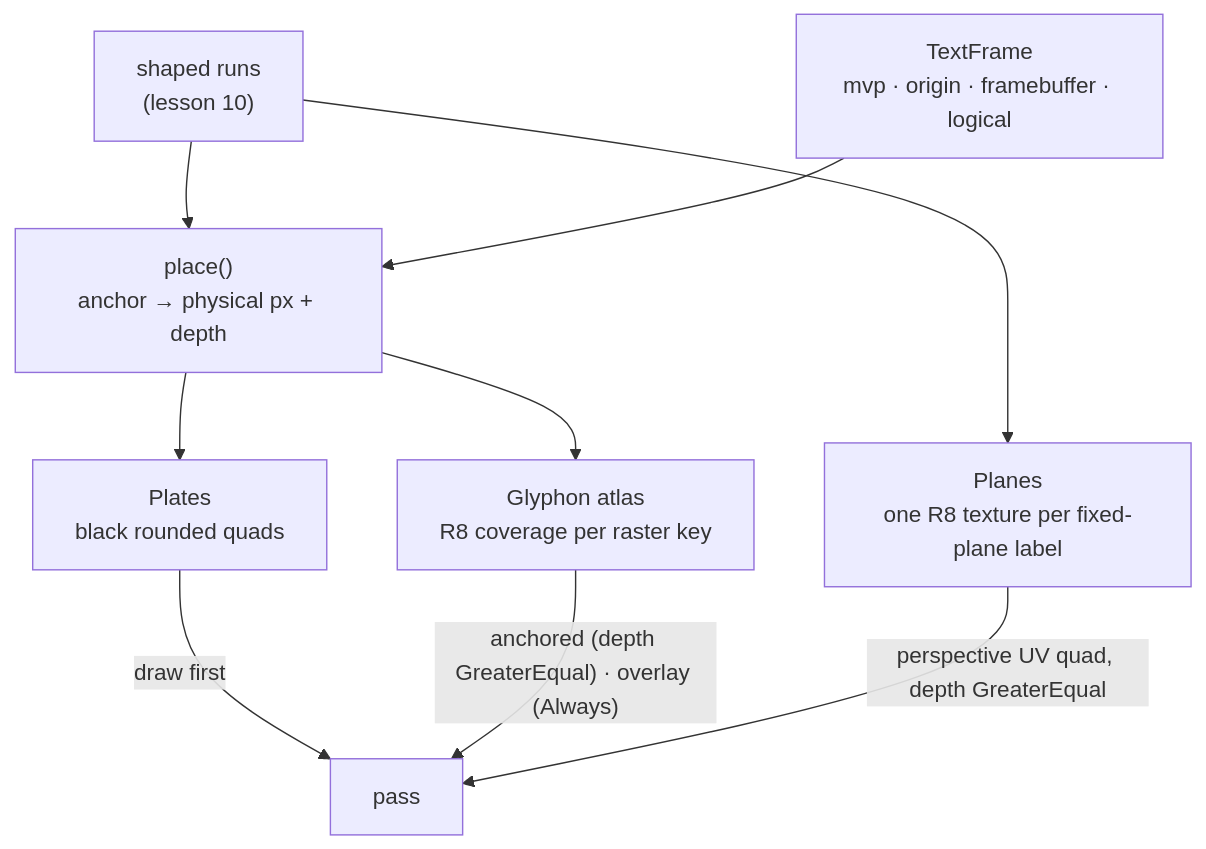
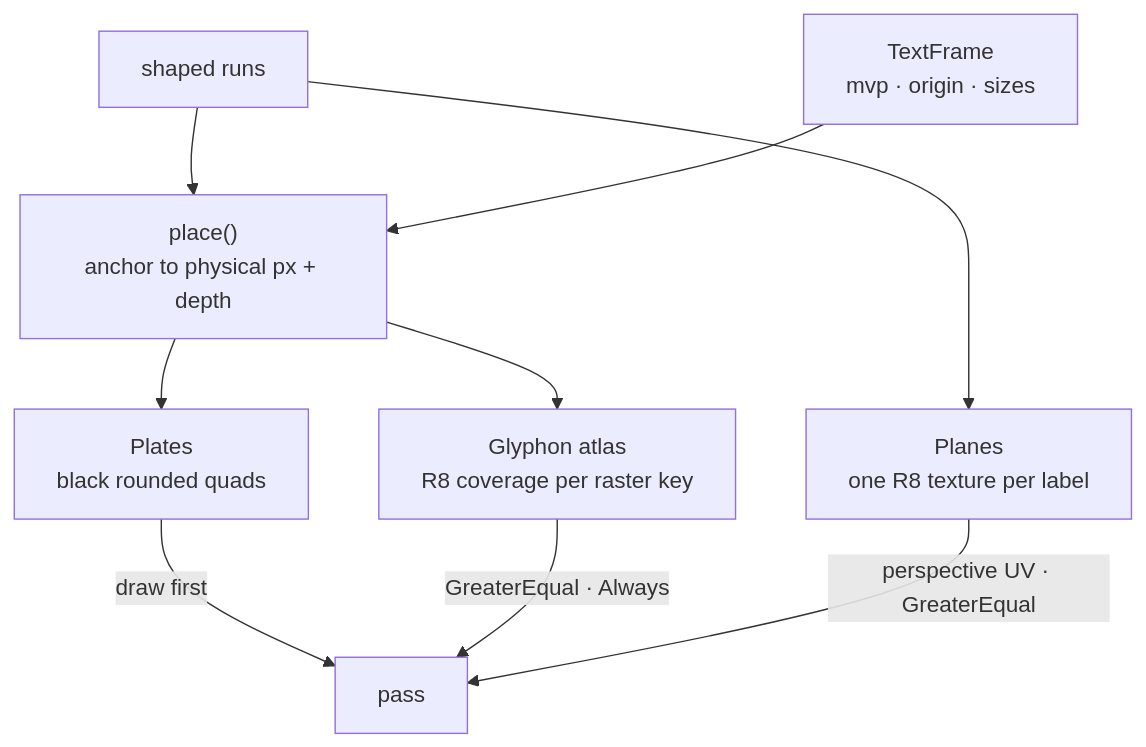
The first of 12 diagrams in session_viewer/docs/11-text-rendering.md (petrasvestartas/session), drawn with Mermaid before and after one commit. The commit also changed other lines of this file and 34 other files, not shown here.

First line of the commit message:
Course: each lesson teaches its file's final form; diagrams fit the column

````diff
--- a/session_viewer/docs/11-text-rendering.md
+++ b/session_viewer/docs/11-text-rendering.md
@@ -5,11 +5,11 @@
 ```mermaid
 flowchart TB
-    R["shaped runs<br/>(lesson 10)"] --> P["place()<br/>anchor → physical px + depth"]
-    F["TextFrame<br/>mvp · origin · framebuffer · logical"] --> P
-    P --> G["Glyphon atlas<br/>R8 coverage per raster key"]
-    P --> B["Plates<br/>black rounded quads"]
-    R --> W["Planes<br/>one R8 texture per fixed-plane label"]
+    R["shaped runs"] --> P["place()<br>anchor to physical px + depth"]
+    F["TextFrame<br>mvp · origin · sizes"] --> P
+    P --> G["Glyphon atlas<br>R8 coverage per raster key"]
+    P --> B["Plates<br>black rounded quads"]
+    R --> W["Planes<br>one R8 texture per label"]
     B -- "draw first" --> pass
-    G -- "anchored (depth GreaterEqual) · overlay (Always)" --> pass
-    W -- "perspective UV quad, depth GreaterEqual" --> pass
+    G -- "GreaterEqual · Always" --> pass
+    W -- "perspective UV · GreaterEqual" --> pass
 ```
````
